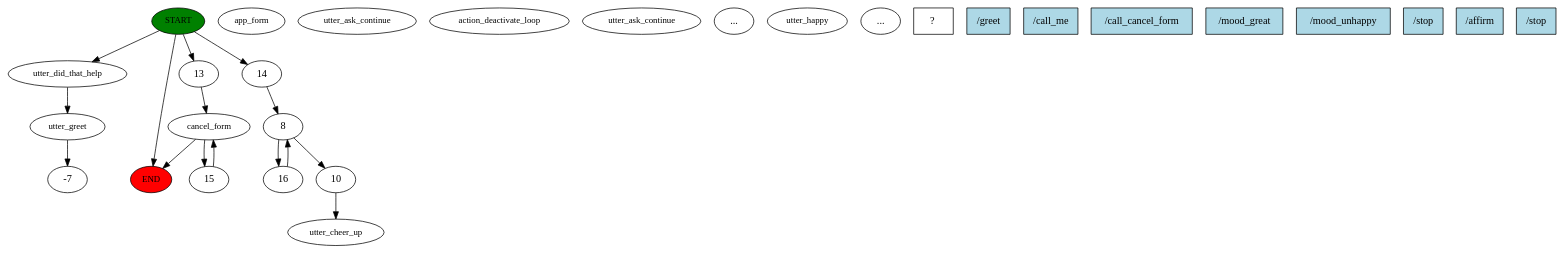
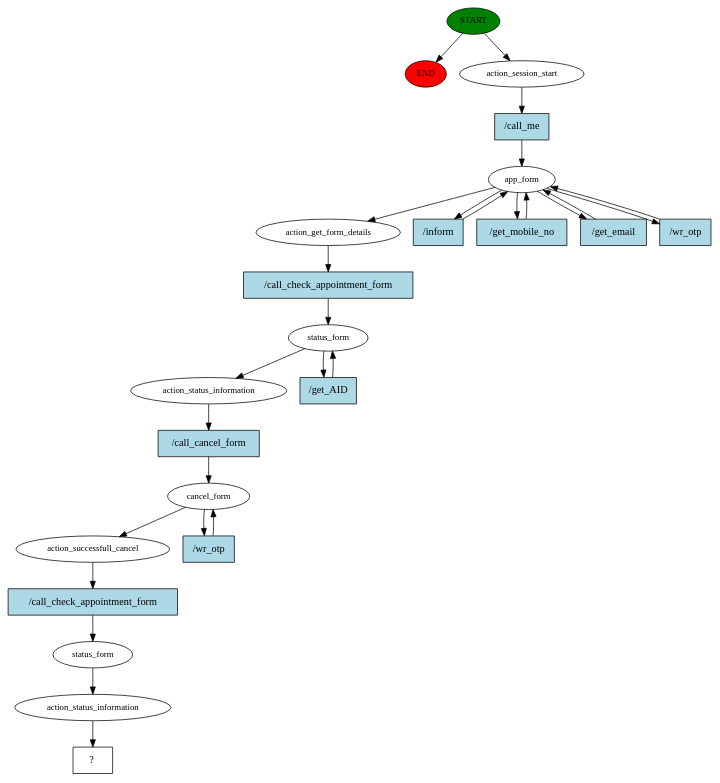
Before and after one commit to VrajPatelK/Patient-Appointment: the diagram in chatbot/story_graph.dot, drawn with Graphviz. The commit also changed 6 other files, not shown here.

```diff
--- a/chatbot/story_graph.dot
+++ b/chatbot/story_graph.dot
@@ -1,39 +1,51 @@
 digraph  {
 0 [class="start active", fillcolor=green, fontsize=12, label=START, style=filled];
 "-1" [class=end, fillcolor=red, fontsize=12, label=END, style=filled];
-1 [class=active, fontsize=12, label=utter_greet];
+1 [class=active, fontsize=12, label=action_session_start];
 2 [class=active, fontsize=12, label=app_form];
-3 [class="", fontsize=12, label=utter_ask_continue];
-4 [class="", fontsize=12, label=action_deactivate_loop];
-6 [class="", fontsize=12, label=cancel_form];
-7 [class="", fontsize=12, label=utter_ask_continue];
-"-3" [class=ellipsis, label="..."];
-9 [class="", fontsize=12, label=utter_happy];
-11 [class="", fontsize=12, label=utter_cheer_up];
-12 [class="", fontsize=12, label=utter_did_that_help];
-"-5" [class=ellipsis, label="..."];
+9 [class=active, fontsize=12, label=action_get_form_details];
+10 [class=active, fontsize=12, label=status_form];
+12 [class=active, fontsize=12, label=action_status_information];
+13 [class=active, fontsize=12, label=cancel_form];
+15 [class=active, fontsize=12, label=action_successfull_cancel];
+16 [class=active, fontsize=12, label=status_form];
+17 [class=active, fontsize=12, label=action_status_information];
 18 [class="intent dashed active", label="  ?  ", shape=rect];
-19 [class="intent active", fillcolor=lightblue, label="/greet", shape=rect, style=filled];
-20 [class="intent active", fillcolor=lightblue, label="/call_me", shape=rect, style=filled];
-21 [class=intent, fillcolor=lightblue, label="/call_cancel_form", shape=rect, style=filled];
-22 [class=intent, fillcolor=lightblue, label="/mood_great", shape=rect, style=filled];
-23 [class=intent, fillcolor=lightblue, label="/mood_unhappy", shape=rect, style=filled];
-24 [class=intent, fillcolor=lightblue, label="/stop", shape=rect, style=filled];
-25 [class=intent, fillcolor=lightblue, label="/affirm", shape=rect, style=filled];
-26 [class=intent, fillcolor=lightblue, label="/stop", shape=rect, style=filled];
+19 [class="intent active", fillcolor=lightblue, label="/call_me", shape=rect, style=filled];
+20 [class="intent active", fillcolor=lightblue, label="/inform", shape=rect, style=filled];
+21 [class="intent active", fillcolor=lightblue, label="/get_mobile_no", shape=rect, style=filled];
+22 [class="intent active", fillcolor=lightblue, label="/get_email", shape=rect, style=filled];
+23 [class="intent active", fillcolor=lightblue, label="/wr_otp", shape=rect, style=filled];
+24 [class="intent active", fillcolor=lightblue, label="/call_check_appointment_form", shape=rect, style=filled];
+25 [class="intent active", fillcolor=lightblue, label="/get_AID", shape=rect, style=filled];
+26 [class="intent active", fillcolor=lightblue, label="/call_cancel_form", shape=rect, style=filled];
+27 [class="intent active", fillcolor=lightblue, label="/wr_otp", shape=rect, style=filled];
+28 [class="intent active", fillcolor=lightblue, label="/call_check_appointment_form", shape=rect, style=filled];
 0 -> "-1"  [class="", key=NONE, label=""];
-0 -> 12  [class="", key=0];
-0 -> 13  [class="", key=0];
-0 -> 14  [class=active, key=0];
-1 -> "-7"  [class="", key=NONE, label=""];
-6 -> "-1"  [class="", key=NONE, label=""];
-6 -> 15  [class="", key=0];
-8 -> 10  [class=active, key=NONE, label=""];
-8 -> 16  [class=active, key=0];
-10 -> 11  [class=active, key=NONE, label=""];
-12 -> 1  [class="", key=0];
-13 -> 6  [class="", key=0];
-14 -> 8  [class=active, key=0];
-15 -> 6  [class="", key=0];
-16 -> 8  [class=active, key=0];
+0 -> 1  [class=active, key=NONE, label=""];
+1 -> 19  [class=active, key=0];
+2 -> 9  [class=active, key=NONE, label=""];
+2 -> 20  [class=active, key=0];
+2 -> 21  [class=active, key=0];
+2 -> 22  [class=active, key=0];
+2 -> 23  [class=active, key=0];
+9 -> 24  [class=active, key=0];
+10 -> 12  [class=active, key=NONE, label=""];
+10 -> 25  [class=active, key=0];
+12 -> 26  [class=active, key=0];
+13 -> 15  [class=active, key=NONE, label=""];
+13 -> 27  [class=active, key=0];
+15 -> 28  [class=active, key=0];
+16 -> 17  [class=active, key=NONE, label=""];
+17 -> 18  [class=active, key=NONE, label=""];
+19 -> 2  [class=active, key=0];
+20 -> 2  [class=active, key=0];
+21 -> 2  [class=active, key=0];
+22 -> 2  [class=active, key=0];
+23 -> 2  [class=active, key=0];
+24 -> 10  [class=active, key=0];
+25 -> 10  [class=active, key=0];
+26 -> 13  [class=active, key=0];
+27 -> 13  [class=active, key=0];
+28 -> 16  [class=active, key=0];
 }
```
